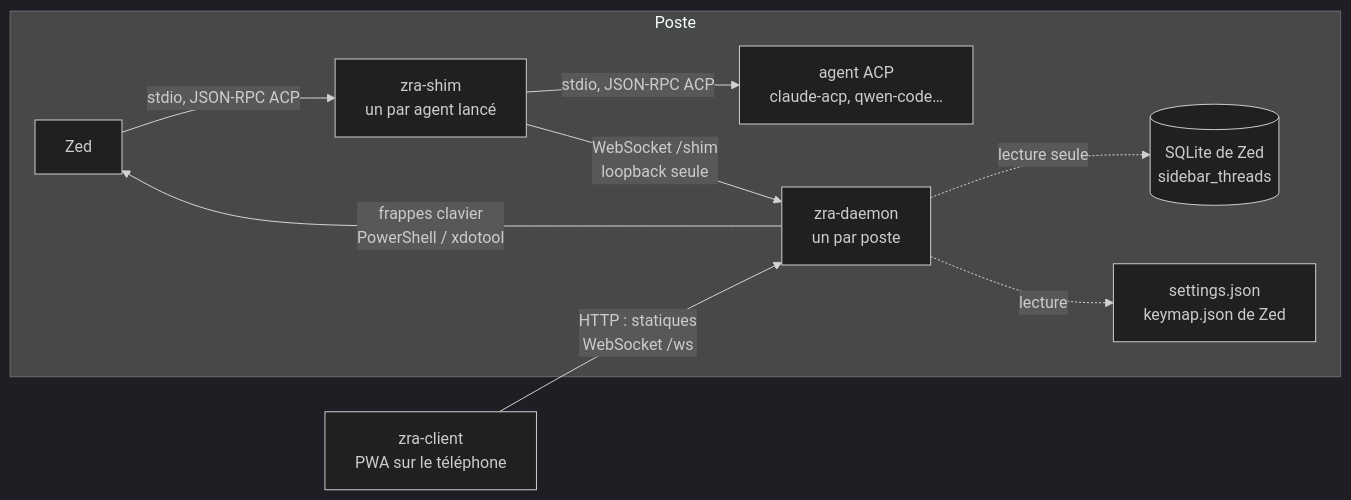
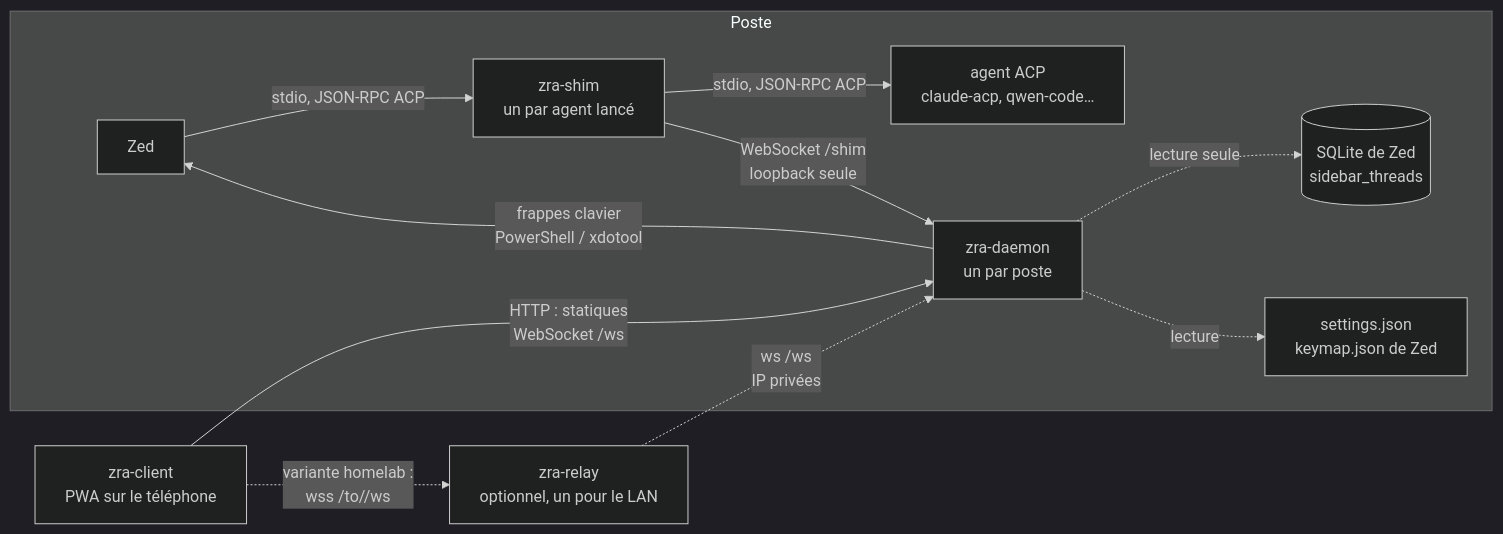
One commit to gdelaunay/zra changed the diagram in docs/fr/architecture.md. Above: the diagram before and after it, drawn with Mermaid (dark theme). The commit also changed other lines of this file and 19 other files, not shown here.

````diff
--- a/docs/fr/architecture.md
+++ b/docs/fr/architecture.md
@@ -15,12 +15,14 @@
 ```mermaid
 flowchart LR
   subgraph Poste
     Zed[Zed] -- "stdio, JSON-RPC ACP" --> Shim[zra-shim<br/>un par agent lancé]
     Shim -- "stdio, JSON-RPC ACP" --> Agent[agent ACP<br/>claude-acp, qwen-code…]
     Shim -- "WebSocket /shim<br/>loopback seule" --> Daemon[zra-daemon<br/>un par poste]
     Daemon -. "lecture seule" .-> DB[(SQLite de Zed<br/>sidebar_threads)]
     Daemon -. "lecture" .-> Cfg[settings.json<br/>keymap.json de Zed]
     Daemon -- "frappes clavier<br/>PowerShell / xdotool" --> Zed
   end
   PWA[zra-client<br/>PWA sur le téléphone] -- "HTTP : statiques<br/>WebSocket /ws" --> Daemon
+  PWA -. "variante homelab :<br/>wss /to/<ip>/ws" .-> Relay[zra-relay<br/>optionnel, un pour le LAN]
+  Relay -. "ws /ws<br/>IP privées" .-> Daemon
 ```
````
